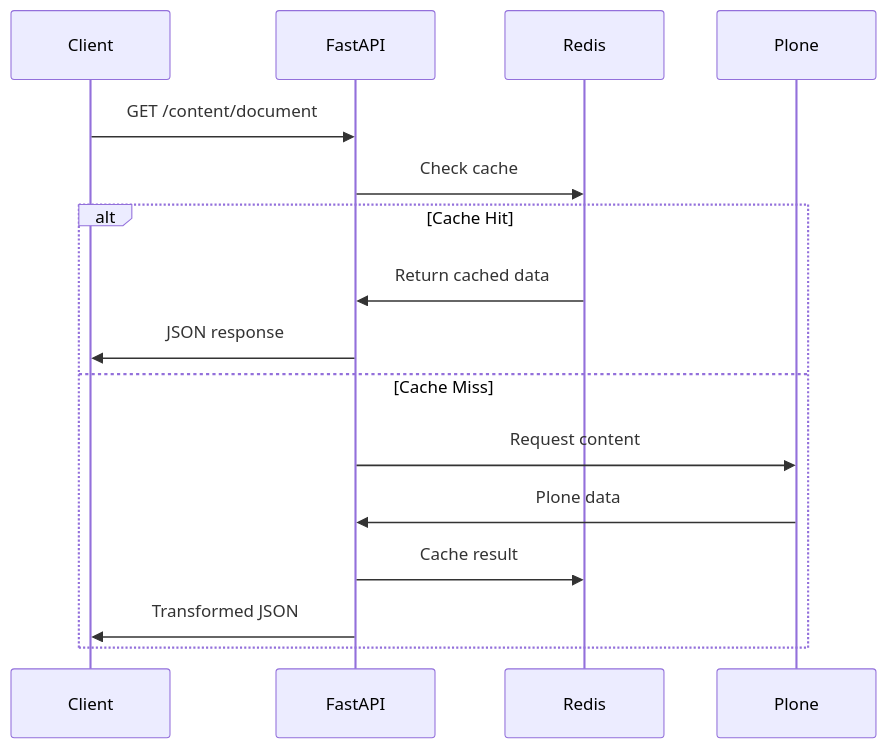
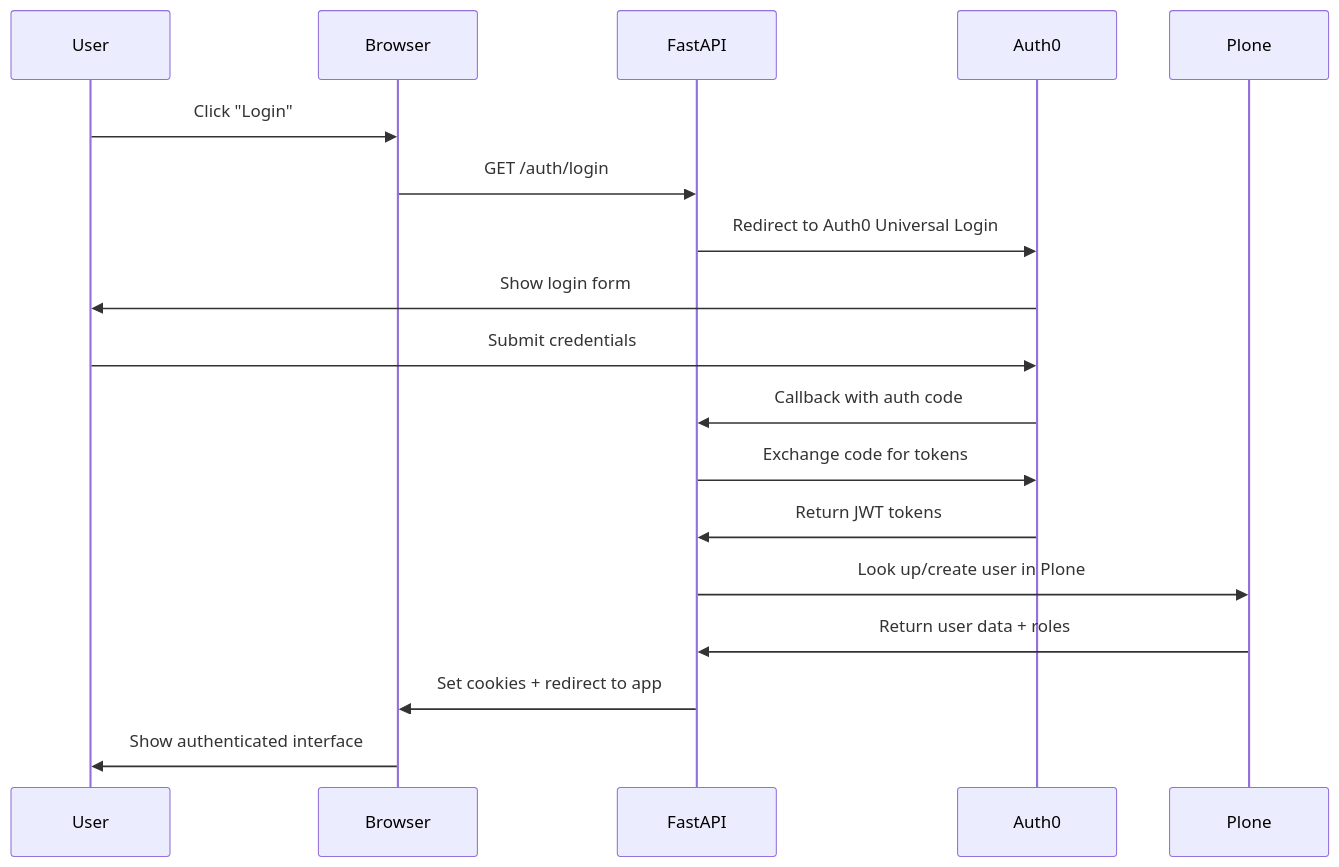
Before and after one commit to ryanmosz/eduhub: the third of 4 diagrams in docs/architecture/system-architecture.md, drawn with Mermaid. The commit also changed other lines of this file and 7 other files, not shown here.

````diff
--- a/docs/architecture/system-architecture.md
+++ b/docs/architecture/system-architecture.md
@@ -375,19 +156,21 @@
 ```mermaid
 sequenceDiagram
-    participant C as Client
+    participant U as User
+    participant B as Browser
     participant F as FastAPI
-    participant R as Redis
+    participant A as Auth0
     participant P as Plone
 
-    C->>F: GET /content/document
-    F->>R: Check cache
-    alt Cache Hit
-        R->>F: Return cached data
-        F->>C: JSON response
-    else Cache Miss
-        F->>P: Request content
-        P->>F: Plone data
-        F->>R: Cache result
-        F->>C: Transformed JSON
-    end
+    U->>B: Click "Login"
+    B->>F: GET /auth/login
+    F->>A: Redirect to Auth0 Universal Login
+    A->>U: Show login form
+    U->>A: Submit credentials
+    A->>F: Callback with auth code
+    F->>A: Exchange code for tokens
+    A->>F: Return JWT tokens
+    F->>P: Look up/create user in Plone
+    P->>F: Return user data + roles
+    F->>B: Set cookies + redirect to app
+    B->>U: Show authenticated interface
 ```
````
